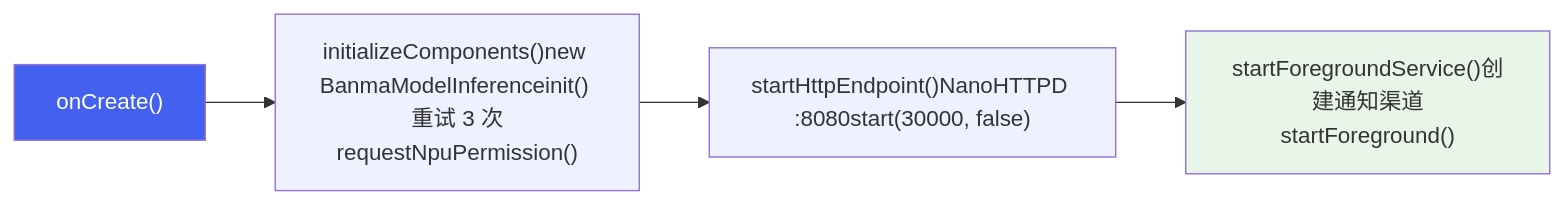
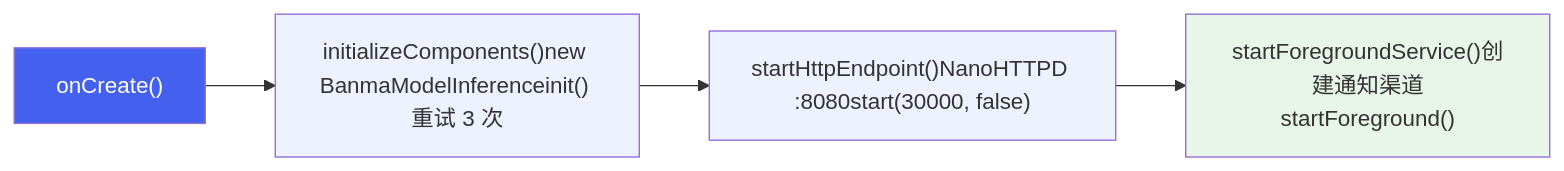
One commit to ranpin/edge-ai-docs changed the second of 6 diagrams in cockpit/projects/lantu/apk-integration.md. Above: the diagram before and after it, drawn with Mermaid. The commit also changed other lines of this file, not shown here.

````diff
--- a/cockpit/projects/lantu/apk-integration.md
+++ b/cockpit/projects/lantu/apk-integration.md
@@ -182,10 +214,10 @@
 ```mermaid
 flowchart LR
-    A["onCreate()"] --> B["initializeComponents()new BanmaModelInferenceinit() 重试 3 次requestNpuPermission()"]
+    A["onCreate()"] --> B["initializeComponents()new BanmaModelInferenceinit() 重试 3 次"]
     B --> C["startHttpEndpoint()NanoHTTPD :8080start(30000, false)"]
     C --> D["startForegroundService()创建通知渠道startForeground()"]
     style A fill:#4361ee,color:#fff
     style B fill:#eef2ff
     style C fill:#eef2ff
     style D fill:#e8f5e9
 ```
````
